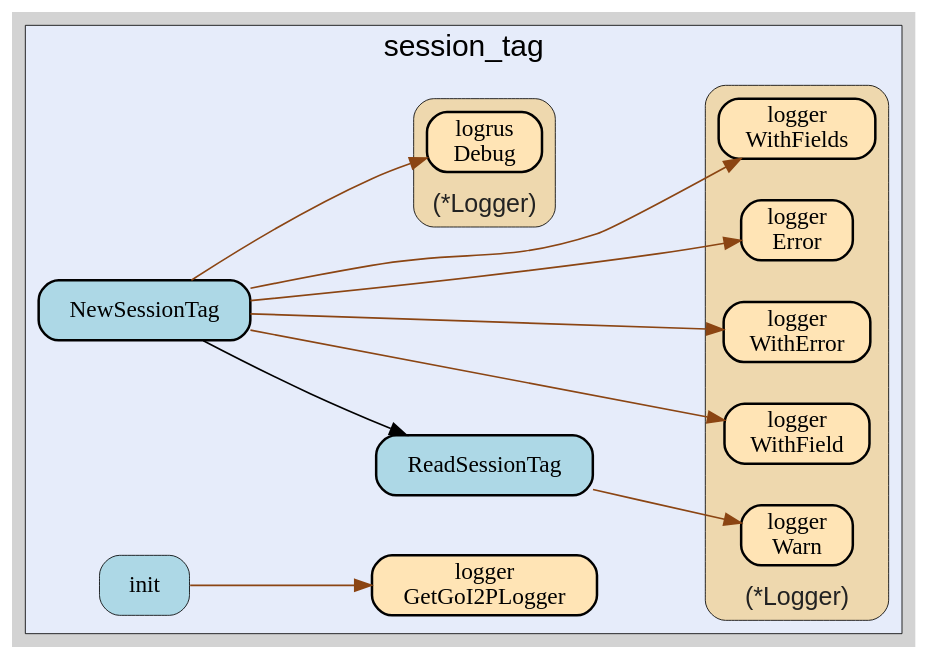
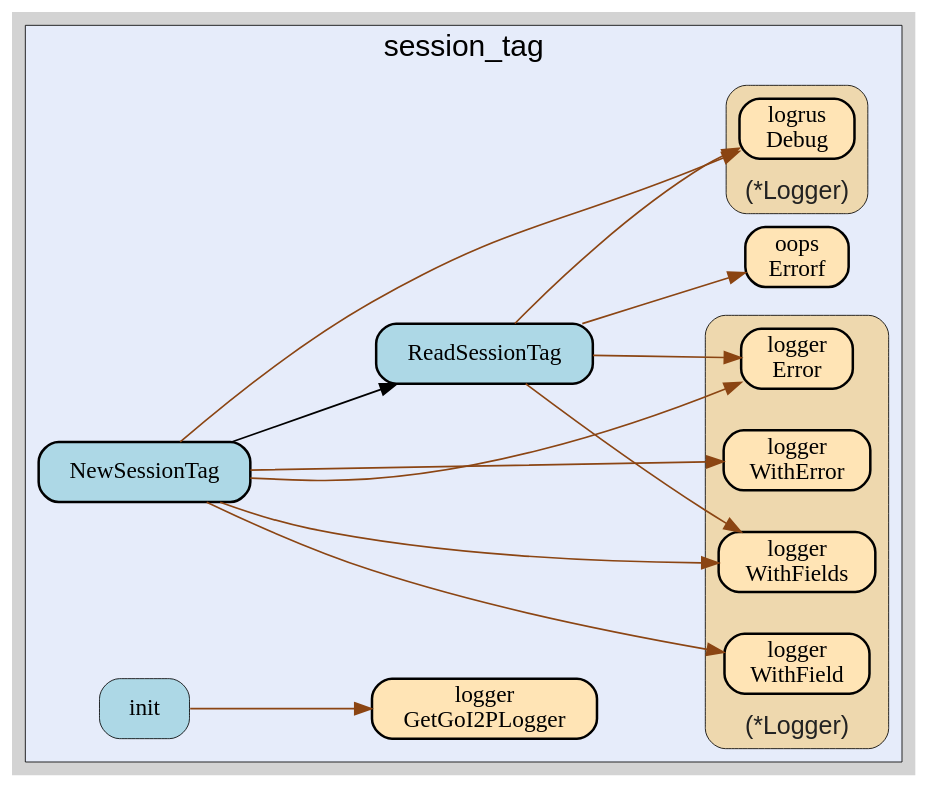
The diagram in session_tag/session_tag.gv (go-i2p/common), drawn with Graphviz before and after one commit. The commit also changed 62 other files, not shown here.

```diff
--- a/session_tag/session_tag.gv
+++ b/session_tag/session_tag.gv
@@ -1,70 +1,73 @@
 digraph gocallvis {
     label="";
     labeljust="l";
     fontname="Arial";
     fontsize="14";
     rankdir="LR";
     bgcolor="lightgray";
     style="solid";
     penwidth="0.5";
     pad="0.0";
     nodesep="0.35";
 
     node [shape="box" style="filled,rounded" fillcolor="honeydew" fontname="Verdana" penwidth="1.0" margin="0.16,0.0"];
     edge [minlen="2"]
 
     subgraph "cluster_focus" {
-        labelloc="t";
-labeljust="c";
+        labeljust="c";
 fontsize="18";
 bgcolor="#e6ecfa";
 label="session_tag";
+labelloc="t";
         
-        "github.com/go-i2p/common/session_tag.ReadSessionTag" [ penwidth="1.5" tooltip="github.com/go-i2p/common/session_tag.ReadSessionTag | defined in session_tag.go:30\nat session_tag.go:32: calling [(*github.com/go-i2p/logger.Logger).Warn]" fillcolor="lightblue" label="ReadSessionTag" ]
-        "github.com/go-i2p/common/session_tag.NewSessionTag" [ penwidth="1.5" tooltip="github.com/go-i2p/common/session_tag.NewSessionTag | defined in session_tag.go:38\nat session_tag.go:39: calling [(*github.com/sirupsen/logrus.Logger).Debug]\nat session_tag.go:48: calling [(*github.com/sirupsen/logrus.Logger).Debug]\nat session_tag.go:40: calling [github.com/go-i2p/common/session_tag.ReadSessionTag]\nat session_tag.go:42: calling [(*github.com/go-i2p/logger.Logger).WithError]\nat session_tag.go:42: calling [(*github.com/go-i2p/logger.Logger).Error]\nat session_tag.go:46: calling [(*github.com/go-i2p/logger.Logger).WithFields]\nat session_tag.go:39: calling [(*github.com/go-i2p/logger.Logger).WithField]" fillcolor="lightblue" label="NewSessionTag" ]
-        "github.com/go-i2p/common/session_tag.init" [ fillcolor="lightblue" label="init" penwidth="0.5" tooltip="github.com/go-i2p/common/session_tag.init | defined in .:0\nat session_tag.go:9: calling [github.com/go-i2p/logger.GetGoI2PLogger]" ]
+        "github.com/go-i2p/common/session_tag.NewSessionTag" [ fillcolor="lightblue" label="NewSessionTag" penwidth="1.5" tooltip="github.com/go-i2p/common/session_tag.NewSessionTag | defined in utils.go:38\nat utils.go:39: calling [(*github.com/go-i2p/logger.Logger).WithField]\nat utils.go:39: calling [(*github.com/sirupsen/logrus.Logger).Debug]\nat utils.go:48: calling [(*github.com/sirupsen/logrus.Logger).Debug]\nat utils.go:42: calling [(*github.com/go-i2p/logger.Logger).WithError]\nat utils.go:42: calling [(*github.com/go-i2p/logger.Logger).Error]\nat utils.go:46: calling [(*github.com/go-i2p/logger.Logger).WithFields]\nat utils.go:40: calling [github.com/go-i2p/common/session_tag.ReadSessionTag]" ]
+        "github.com/go-i2p/common/session_tag.ReadSessionTag" [ fillcolor="lightblue" label="ReadSessionTag" penwidth="1.5" tooltip="github.com/go-i2p/common/session_tag.ReadSessionTag | defined in utils.go:15\nat utils.go:31: calling [(*github.com/sirupsen/logrus.Logger).Debug]\nat utils.go:17: calling [(*github.com/go-i2p/logger.Logger).WithFields]\nat utils.go:29: calling [(*github.com/go-i2p/logger.Logger).WithFields]\nat utils.go:21: calling [(*github.com/go-i2p/logger.Logger).Error]\nat utils.go:22: calling [github.com/samber/oops.Errorf]" ]
+        "github.com/samber/oops.Errorf" [ fillcolor="moccasin" label="oops\nErrorf" penwidth="1.5" tooltip="github.com/samber/oops.Errorf | defined in oops.go:34" ]
+        "github.com/go-i2p/common/session_tag.init" [ fillcolor="lightblue" label="init" penwidth="0.5" tooltip="github.com/go-i2p/common/session_tag.init | defined in .:0\nat utils.go:10: calling [github.com/go-i2p/logger.GetGoI2PLogger]" ]
         "github.com/go-i2p/logger.GetGoI2PLogger" [ tooltip="github.com/go-i2p/logger.GetGoI2PLogger | defined in log.go:120" fillcolor="moccasin" label="logger\nGetGoI2PLogger" penwidth="1.5" ]
         
         subgraph "cluster_*github.com/go-i2p/logger.Logger" {
         style="rounded,filled";
 fillcolor="wheat2";
 label="(*Logger)";
 tooltip="type: *github.com/go-i2p/logger.Logger";
 penwidth="0.5";
 fontsize="15";
 fontcolor="#222222";
 labelloc="b";
         
-        "(*github.com/go-i2p/logger.Logger).Warn" [ fillcolor="moccasin" label="logger\nWarn" penwidth="1.5" tooltip="(*github.com/go-i2p/logger.Logger).Warn | defined in log.go:30" ]
         "(*github.com/go-i2p/logger.Logger).WithField" [ fillcolor="moccasin" label="logger\nWithField" penwidth="1.5" tooltip="(*github.com/go-i2p/logger.Logger).WithField | defined in log.go:54" ]
+        "(*github.com/go-i2p/logger.Logger).WithFields" [ fillcolor="moccasin" label="logger\nWithFields" penwidth="1.5" tooltip="(*github.com/go-i2p/logger.Logger).WithFields | defined in log.go:60" ]
+        "(*github.com/go-i2p/logger.Logger).Error" [ fillcolor="moccasin" label="logger\nError" penwidth="1.5" tooltip="(*github.com/go-i2p/logger.Logger).Error | defined in log.go:42" ]
         "(*github.com/go-i2p/logger.Logger).WithError" [ fillcolor="moccasin" label="logger\nWithError" penwidth="1.5" tooltip="(*github.com/go-i2p/logger.Logger).WithError | defined in log.go:66" ]
-        "(*github.com/go-i2p/logger.Logger).Error" [ fillcolor="moccasin" label="logger\nError" penwidth="1.5" tooltip="(*github.com/go-i2p/logger.Logger).Error | defined in log.go:42" ]
-        "(*github.com/go-i2p/logger.Logger).WithFields" [ fillcolor="moccasin" label="logger\nWithFields" penwidth="1.5" tooltip="(*github.com/go-i2p/logger.Logger).WithFields | defined in log.go:60" ]
         
     }
 
         subgraph "cluster_*github.com/sirupsen/logrus.Logger" {
         fontcolor="#222222";
 labelloc="b";
 style="rounded,filled";
 fillcolor="wheat2";
 label="(*Logger)";
 tooltip="type: *github.com/sirupsen/logrus.Logger";
 penwidth="0.5";
 fontsize="15";
         
-        "(*github.com/sirupsen/logrus.Logger).Debug" [ penwidth="1.5" tooltip="(*github.com/sirupsen/logrus.Logger).Debug | defined in logger.go:221" fillcolor="moccasin" label="logrus\nDebug" ]
+        "(*github.com/sirupsen/logrus.Logger).Debug" [ tooltip="(*github.com/sirupsen/logrus.Logger).Debug | defined in logger.go:221" fillcolor="moccasin" label="logrus\nDebug" penwidth="1.5" ]
         
     }
 
     }
 
-    "github.com/go-i2p/common/session_tag.NewSessionTag" -> "(*github.com/sirupsen/logrus.Logger).Debug" [ color="saddlebrown" tooltip="at session_tag.go:39: calling [(*github.com/sirupsen/logrus.Logger).Debug]\nat session_tag.go:48: calling [(*github.com/sirupsen/logrus.Logger).Debug]" ]
-    "github.com/go-i2p/common/session_tag.NewSessionTag" -> "github.com/go-i2p/common/session_tag.ReadSessionTag" [ tooltip="at session_tag.go:40: calling [github.com/go-i2p/common/session_tag.ReadSessionTag]" ]
-    "github.com/go-i2p/common/session_tag.NewSessionTag" -> "(*github.com/go-i2p/logger.Logger).WithError" [ tooltip="at session_tag.go:42: calling [(*github.com/go-i2p/logger.Logger).WithError]" color="saddlebrown" ]
-    "github.com/go-i2p/common/session_tag.NewSessionTag" -> "(*github.com/go-i2p/logger.Logger).Error" [ color="saddlebrown" tooltip="at session_tag.go:42: calling [(*github.com/go-i2p/logger.Logger).Error]" ]
-    "github.com/go-i2p/common/session_tag.NewSessionTag" -> "(*github.com/go-i2p/logger.Logger).WithFields" [ color="saddlebrown" tooltip="at session_tag.go:46: calling [(*github.com/go-i2p/logger.Logger).WithFields]" ]
-    "github.com/go-i2p/common/session_tag.init" -> "github.com/go-i2p/logger.GetGoI2PLogger" [ tooltip="at session_tag.go:9: calling [github.com/go-i2p/logger.GetGoI2PLogger]" color="saddlebrown" ]
-    "github.com/go-i2p/common/session_tag.ReadSessionTag" -> "(*github.com/go-i2p/logger.Logger).Warn" [ tooltip="at session_tag.go:32: calling [(*github.com/go-i2p/logger.Logger).Warn]" color="saddlebrown" ]
-    "github.com/go-i2p/common/session_tag.NewSessionTag" -> "(*github.com/go-i2p/logger.Logger).WithField" [ color="saddlebrown" tooltip="at session_tag.go:39: calling [(*github.com/go-i2p/logger.Logger).WithField]" ]
+    "github.com/go-i2p/common/session_tag.NewSessionTag" -> "(*github.com/go-i2p/logger.Logger).WithField" [ color="saddlebrown" tooltip="at utils.go:39: calling [(*github.com/go-i2p/logger.Logger).WithField]" ]
+    "github.com/go-i2p/common/session_tag.NewSessionTag" -> "(*github.com/sirupsen/logrus.Logger).Debug" [ color="saddlebrown" tooltip="at utils.go:39: calling [(*github.com/sirupsen/logrus.Logger).Debug]\nat utils.go:48: calling [(*github.com/sirupsen/logrus.Logger).Debug]" ]
+    "github.com/go-i2p/common/session_tag.ReadSessionTag" -> "(*github.com/sirupsen/logrus.Logger).Debug" [ color="saddlebrown" tooltip="at utils.go:31: calling [(*github.com/sirupsen/logrus.Logger).Debug]" ]
+    "github.com/go-i2p/common/session_tag.NewSessionTag" -> "(*github.com/go-i2p/logger.Logger).WithError" [ color="saddlebrown" tooltip="at utils.go:42: calling [(*github.com/go-i2p/logger.Logger).WithError]" ]
+    "github.com/go-i2p/common/session_tag.NewSessionTag" -> "(*github.com/go-i2p/logger.Logger).Error" [ color="saddlebrown" tooltip="at utils.go:42: calling [(*github.com/go-i2p/logger.Logger).Error]" ]
+    "github.com/go-i2p/common/session_tag.NewSessionTag" -> "(*github.com/go-i2p/logger.Logger).WithFields" [ color="saddlebrown" tooltip="at utils.go:46: calling [(*github.com/go-i2p/logger.Logger).WithFields]" ]
+    "github.com/go-i2p/common/session_tag.init" -> "github.com/go-i2p/logger.GetGoI2PLogger" [ color="saddlebrown" tooltip="at utils.go:10: calling [github.com/go-i2p/logger.GetGoI2PLogger]" ]
+    "github.com/go-i2p/common/session_tag.ReadSessionTag" -> "(*github.com/go-i2p/logger.Logger).WithFields" [ color="saddlebrown" tooltip="at utils.go:17: calling [(*github.com/go-i2p/logger.Logger).WithFields]\nat utils.go:29: calling [(*github.com/go-i2p/logger.Logger).WithFields]" ]
+    "github.com/go-i2p/common/session_tag.ReadSessionTag" -> "(*github.com/go-i2p/logger.Logger).Error" [ color="saddlebrown" tooltip="at utils.go:21: calling [(*github.com/go-i2p/logger.Logger).Error]" ]
+    "github.com/go-i2p/common/session_tag.ReadSessionTag" -> "github.com/samber/oops.Errorf" [ color="saddlebrown" tooltip="at utils.go:22: calling [github.com/samber/oops.Errorf]" ]
+    "github.com/go-i2p/common/session_tag.NewSessionTag" -> "github.com/go-i2p/common/session_tag.ReadSessionTag" [ tooltip="at utils.go:40: calling [github.com/go-i2p/common/session_tag.ReadSessionTag]" ]
 }
```
